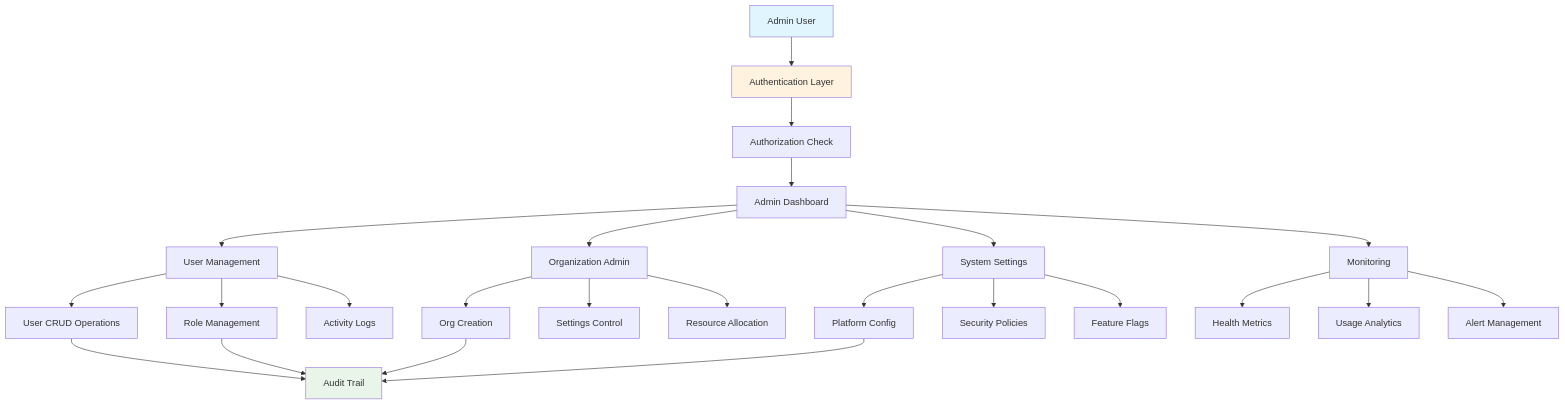
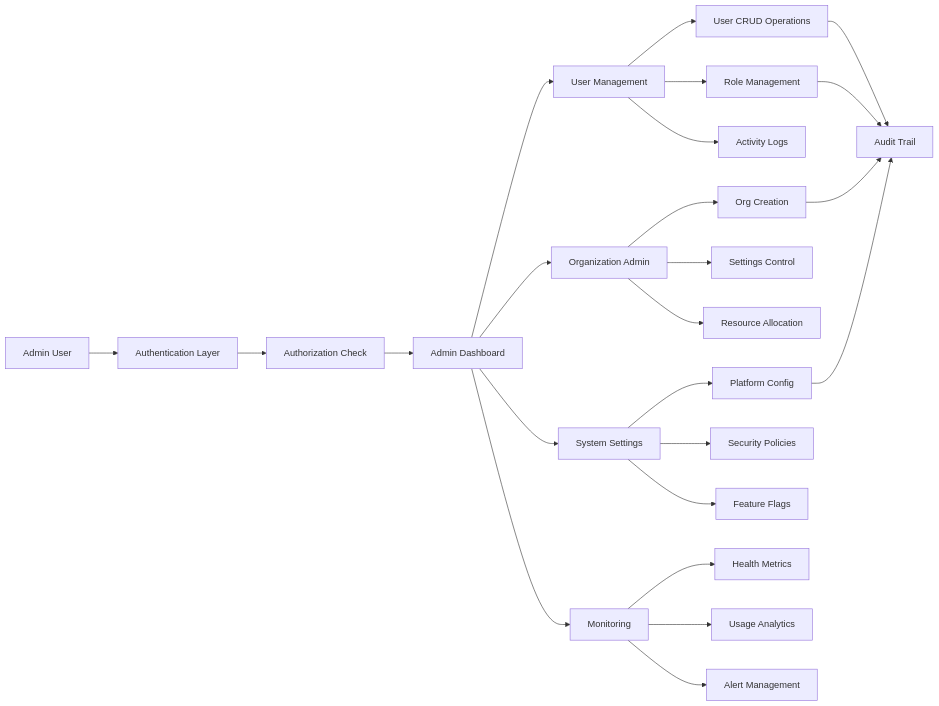
Before and after one commit to karrioapi/karrio: the diagram in apps/web/src/app/docs/products/admin-console/page.mdx, drawn with Mermaid. The commit also changed 34 other files, not shown here.

````diff
--- a/apps/web/src/app/docs/products/admin-console/page.mdx
+++ b/apps/web/src/app/docs/products/admin-console/page.mdx
@@ -70,36 +70,34 @@
 ```mermaid
-flowchart TD
+flowchart LR
     A[Admin User] --> B[Authentication Layer]
     B --> C[Authorization Check]
     C --> D[Admin Dashboard]
 
     D --> E[User Management]
     D --> F[Organization Admin]
     D --> G[System Settings]
     D --> H[Monitoring]
 
     E --> I[User CRUD Operations]
     E --> J[Role Management]
     E --> K[Activity Logs]
 
     F --> L[Org Creation]
     F --> M[Settings Control]
     F --> N[Resource Allocation]
 
     G --> O[Platform Config]
     G --> P[Security Policies]
     G --> Q[Feature Flags]
 
     H --> R[Health Metrics]
     H --> S[Usage Analytics]
     H --> T[Alert Management]
 
     I --> U[Audit Trail]
     J --> U
     L --> U
     O --> U
 
-    style A fill:#e1f5fe
-    style B fill:#fff3e0
-    style U fill:#e8f5e8
+    
 ```
````
